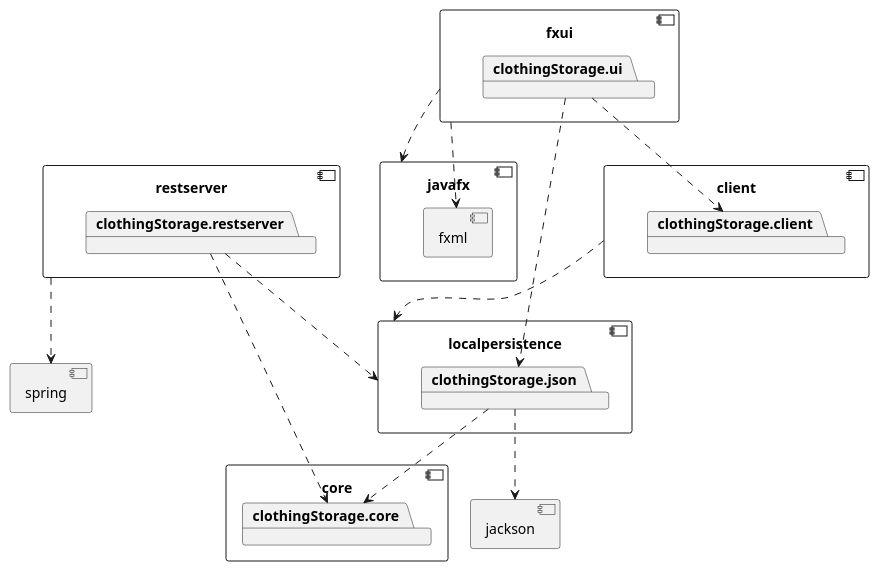
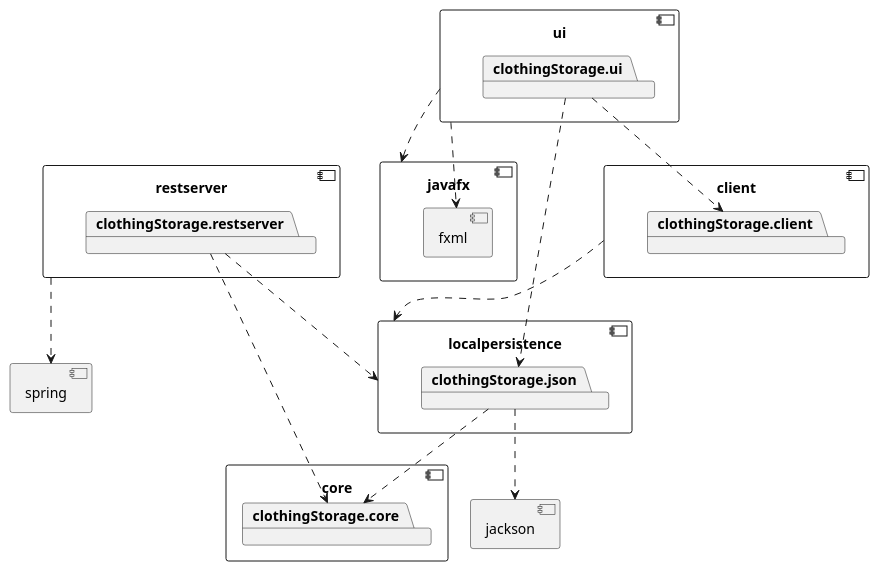
Before and after one commit to olejacobmellgren/clothingStorage: the diagram in docs/release3/diagrams/packagediagram.puml, drawn with PlantUML.

Commit message:
38 Changed fxui to ui
What: changed name fxui to ui

Why: Proper documentation of project

```diff
--- a/docs/release3/diagrams/packagediagram.puml
+++ b/docs/release3/diagrams/packagediagram.puml
@@ -1,50 +1,49 @@
 @startuml architecture
 
 component core {
 	package clothingStorage.core
 }
 
 component localpersistence {
 	package clothingStorage.json
 }
 
 component client {
     package clothingStorage.client
 }
 
-component fxui {
+component ui {
 	package clothingStorage.ui
 }
 
 clothingStorage.ui ..> clothingStorage.json
 clothingStorage.ui ..> clothingStorage.client
 
 component jackson {
 }
 
 clothingStorage.json ..> jackson
 clothingStorage.json ..> clothingStorage.core
 
 component javafx {
 	component fxml {
 	}
 }
 
-fxui ..> javafx
-fxui ..> fxml
+ui ..> javafx
+ui ..> fxml
 
 client ..> localpersistence
 
 component restserver {
     package clothingStorage.restserver
 }
 
 clothingStorage.restserver ..> localpersistence
 clothingStorage.restserver ..> clothingStorage.core
 restserver ..> spring
 
 component spring {
-
 }
 
 @enduml
```
